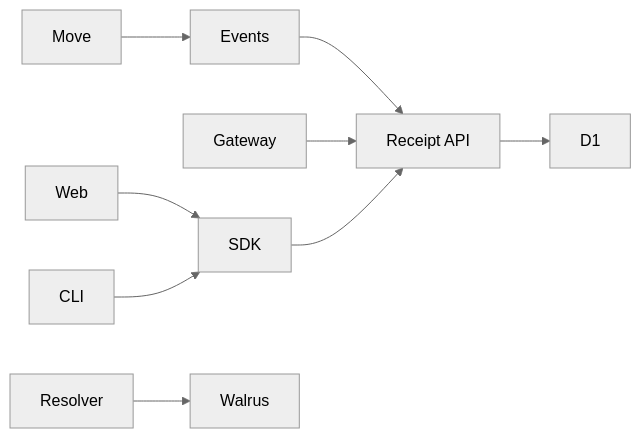
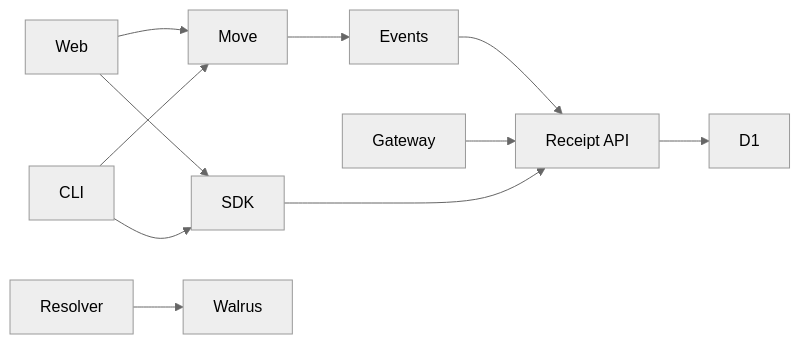
The diagram in docs/COMPONENTS.md (Jaydearcadian/OpenRail), drawn with Mermaid (neutral theme) before and after one commit. The commit also changed other lines of this file and 12 other files, not shown here.

````diff
--- a/docs/COMPONENTS.md
+++ b/docs/COMPONENTS.md
@@ -23,11 +23,13 @@
 ```mermaid
 flowchart LR
   Move[Move] --> Events[Events]
   Events --> API[Receipt API]
   Gateway[Gateway] --> API
   API --> D1[D1]
   SDK[SDK] --> API
   Web[Web] --> SDK
   CLI[CLI] --> SDK
+  Web --> Move
+  CLI --> Move
   Resolver[Resolver] --> Walrus[Walrus]
 ```
````
